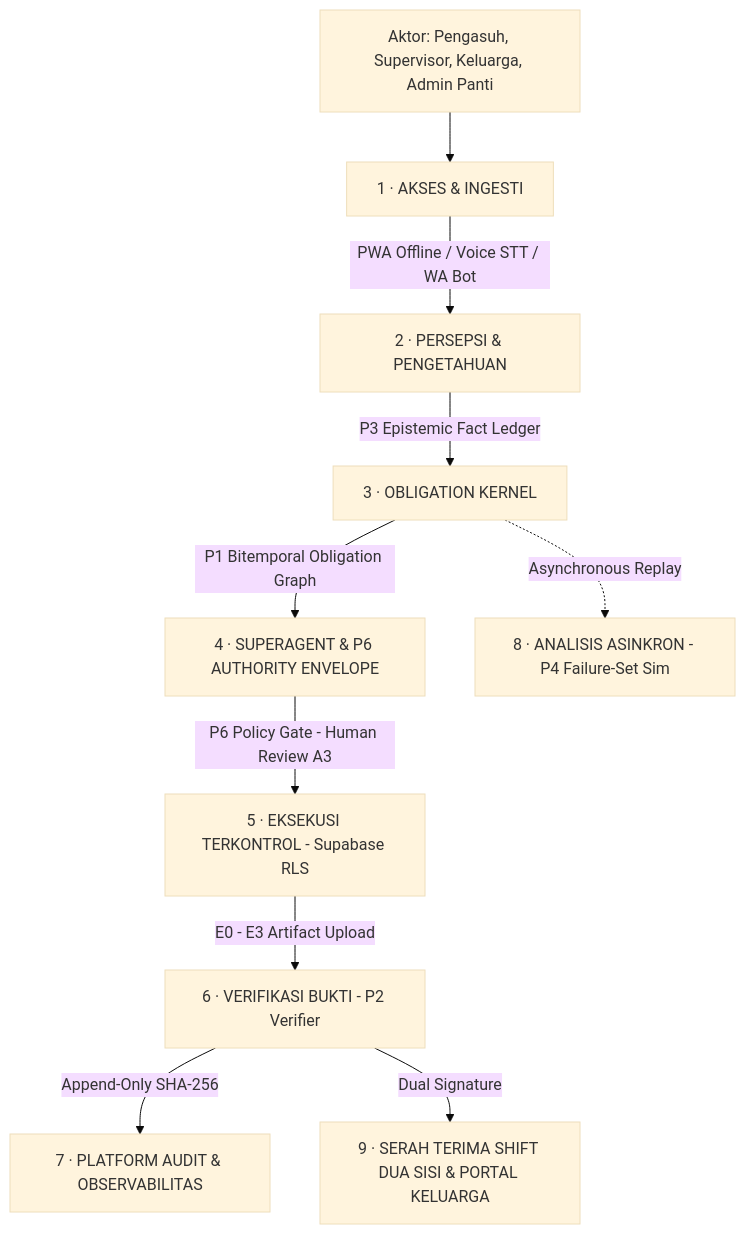
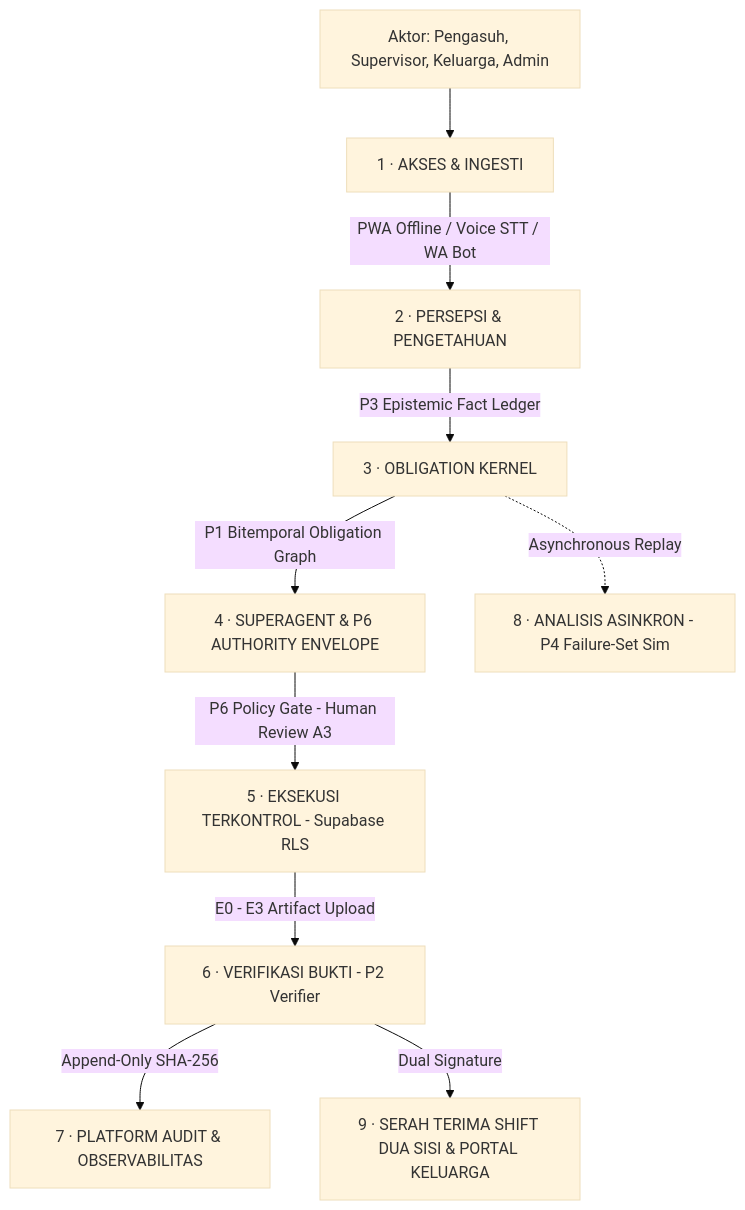
Before and after one commit to s1informatika11s25007-maker/SambungJaga: the diagram in README.md, drawn with Mermaid (base theme). The commit also changed other lines of this file, not shown here.

````diff
--- a/README.md
+++ b/README.md
@@ -73,12 +74,12 @@
 ```mermaid
 graph TD
-    A[Aktor: Pengasuh, Supervisor, Keluarga, Admin Panti] --> L1[1 · AKSES & INGESTI]
+    A[Aktor: Pengasuh, Supervisor, Keluarga, Admin] --> L1[1 · AKSES & INGESTI]
     L1 -->|PWA Offline / Voice STT / WA Bot| L2[2 · PERSEPSI & PENGETAHUAN]
     L2 -->|P3 Epistemic Fact Ledger| L3[3 · OBLIGATION KERNEL]
     L3 -->|P1 Bitemporal Obligation Graph| L4[4 · SUPERAGENT & P6 AUTHORITY ENVELOPE]
     L4 -->|P6 Policy Gate - Human Review A3| L5[5 · EKSEKUSI TERKONTROL - Supabase RLS]
     L5 -->|E0 - E3 Artifact Upload| L6[6 · VERIFIKASI BUKTI - P2 Verifier]
     L6 -->|Append-Only SHA-256| L7[7 · PLATFORM AUDIT & OBSERVABILITAS]
     L3 -.->|Asynchronous Replay| L8[8 · ANALISIS ASINKRON - P4 Failure-Set Sim]
     L6 -->|Dual Signature| L9[9 · SERAH TERIMA SHIFT DUA SISI & PORTAL KELUARGA]
 ```
````
